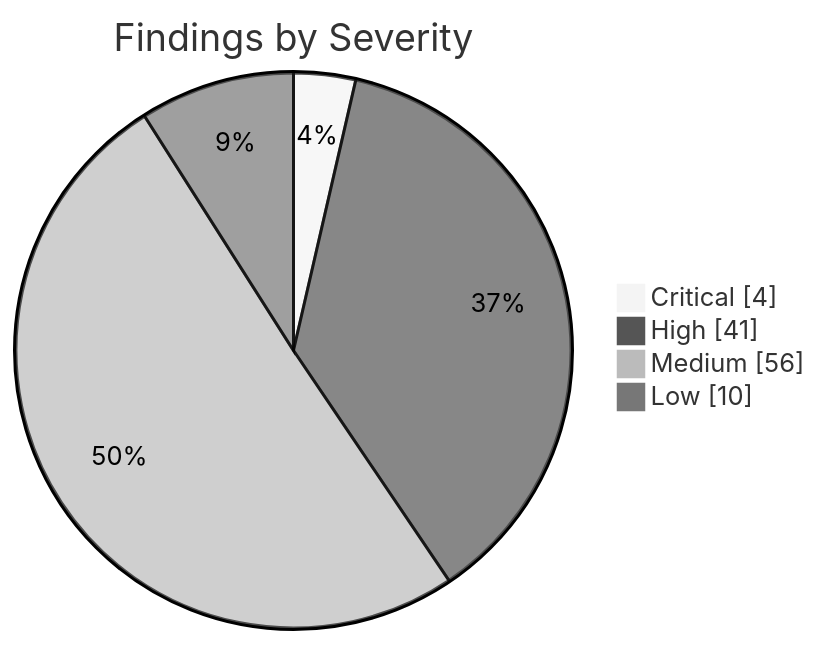
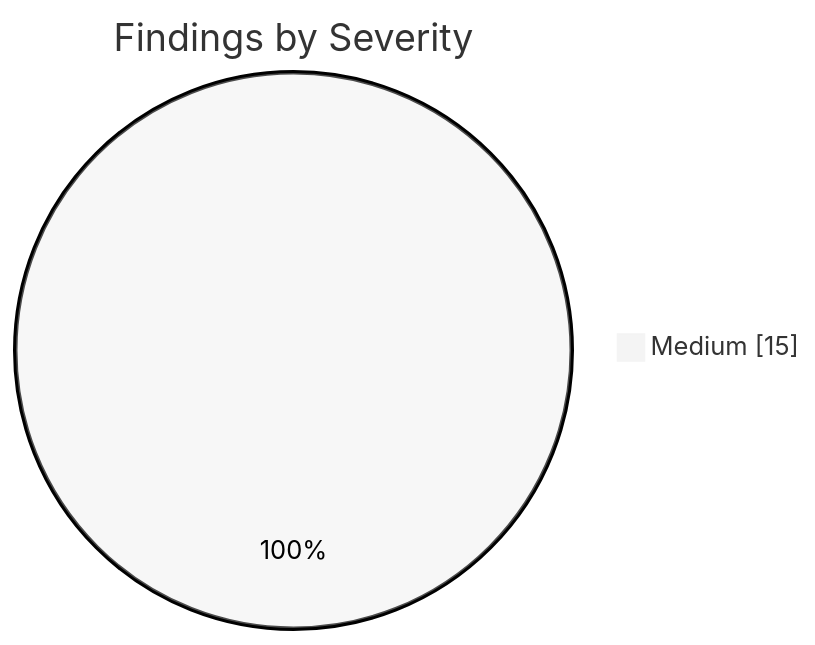
One commit to KBVE/kbve changed the first of 2 diagrams in apps/kbve/astro-kbve/src/content/docs/dashboard/security.mdx. Above: the diagram before and after it, drawn with Mermaid (neutral theme). The commit also changed other lines of this file and 1 other file, not shown here.

````diff
--- a/apps/kbve/astro-kbve/src/content/docs/dashboard/security.mdx
+++ b/apps/kbve/astro-kbve/src/content/docs/dashboard/security.mdx
@@ -148,8 +148,5 @@
 ```mermaid
 pie showData
     title Findings by Severity
-    "Critical" : 4
-    "High" : 41
-    "Medium" : 56
-    "Low" : 10
+    "Medium" : 15
 ```
````
